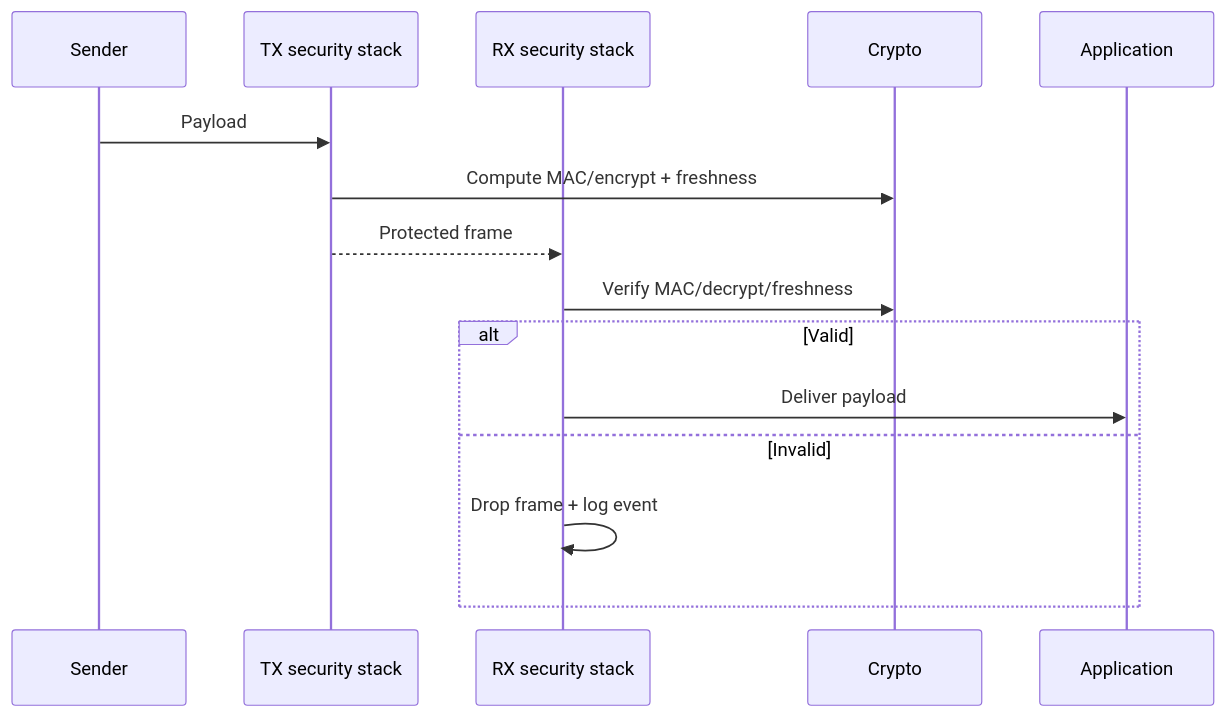
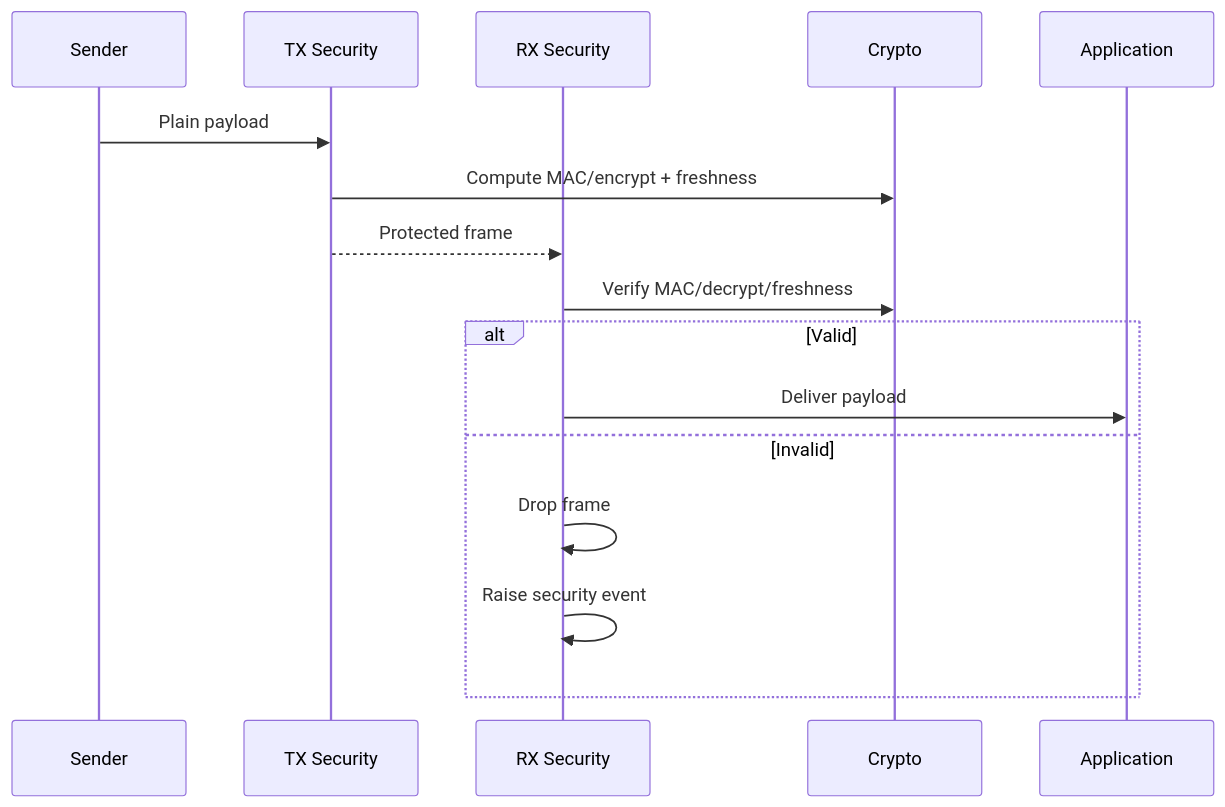
Before and after one commit to vinodneelakantam/Sec_Concepts_Req_tracability: the third of 3 diagrams in TDA4VM_Secure_Communication_Requirements.md, drawn with Mermaid. The commit also changed other lines of this file and 7 other files, not shown here.

````diff
--- a/TDA4VM_Secure_Communication_Requirements.md
+++ b/TDA4VM_Secure_Communication_Requirements.md
@@ -84,18 +77,19 @@
 ```mermaid
 sequenceDiagram
   participant S as Sender
-  participant TX as TX security stack
-  participant RX as RX security stack
+  participant TS as TX Security
+  participant RS as RX Security
   participant C as Crypto
   participant A as Application
 
-  S->>TX: Payload
-  TX->>C: Compute MAC/encrypt + freshness
-  TX-->>RX: Protected frame
-  RX->>C: Verify MAC/decrypt/freshness
+  S->>TS: Plain payload
+  TS->>C: Compute MAC/encrypt + freshness
+  TS-->>RS: Protected frame
+  RS->>C: Verify MAC/decrypt/freshness
   alt Valid
-    RX->>A: Deliver payload
+    RS->>A: Deliver payload
   else Invalid
-    RX->>RX: Drop frame + log event
+    RS->>RS: Drop frame
+    RS->>RS: Raise security event
   end
 ```
````
